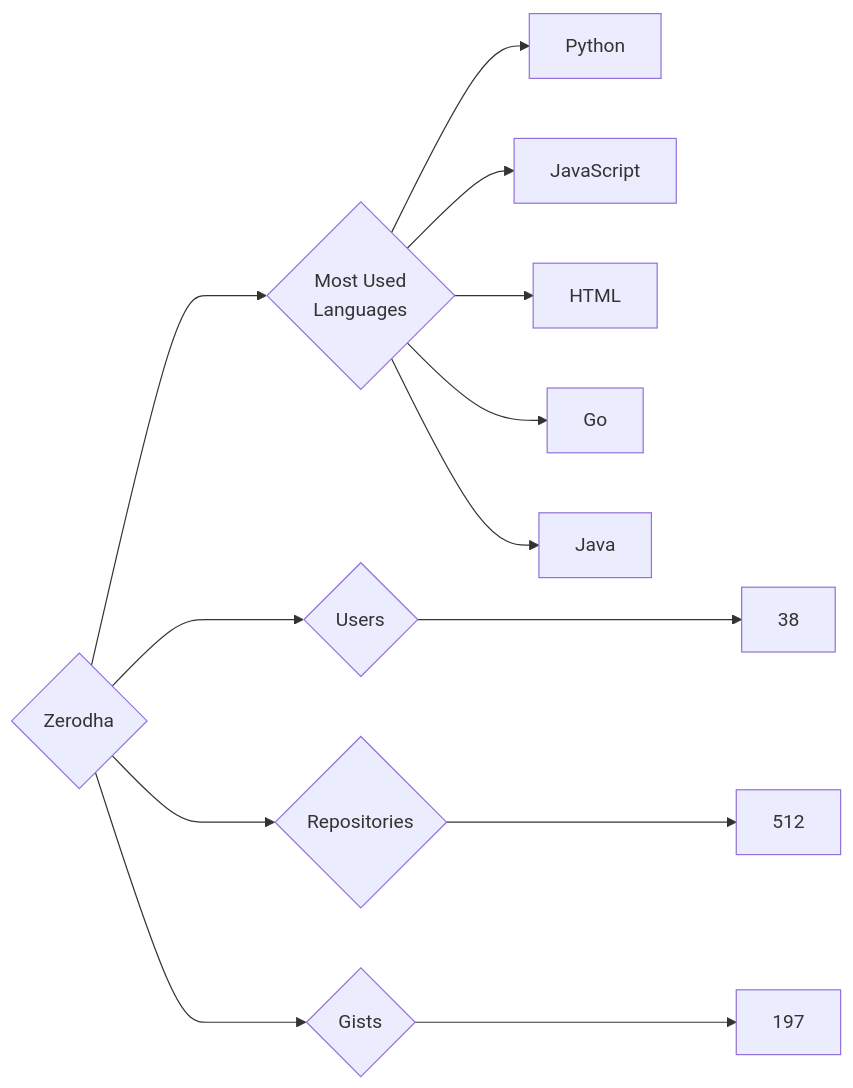
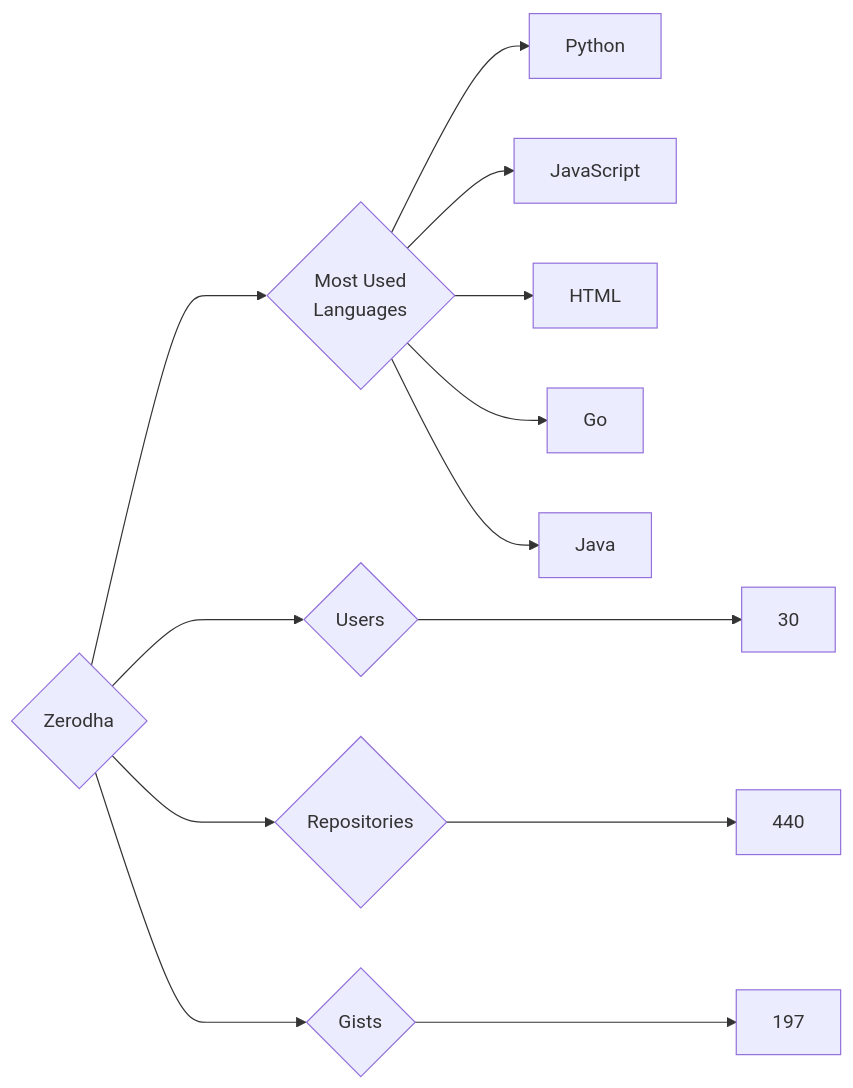
One commit to trickest/insiders changed the diagram in targets/Zerodha/README.md. Above: the diagram before and after it, drawn with Mermaid. The commit also changed 725 other files, not shown here.

````diff
--- a/targets/Zerodha/README.md
+++ b/targets/Zerodha/README.md
@@ -3,13 +3,13 @@
 ```mermaid
 graph LR
 COMPANY_NAME{Zerodha}
-COMPANY_NAME ---> U{Users} ---> UN[38]
-COMPANY_NAME ---> R{Repositories} ---> RN[512]
+COMPANY_NAME ---> U{Users} ---> UN[30]
+COMPANY_NAME ---> R{Repositories} ---> RN[440]
 COMPANY_NAME ---> G{Gists} ---> GN[197]
 COMPANY_NAME ---> ML{Most Used<br>Languages}
 ML --> Python[Python]
 ML --> JavaScript[JavaScript]
 ML --> HTML[HTML]
 ML --> Go[Go]
 ML --> Java[Java]
 ```
````
